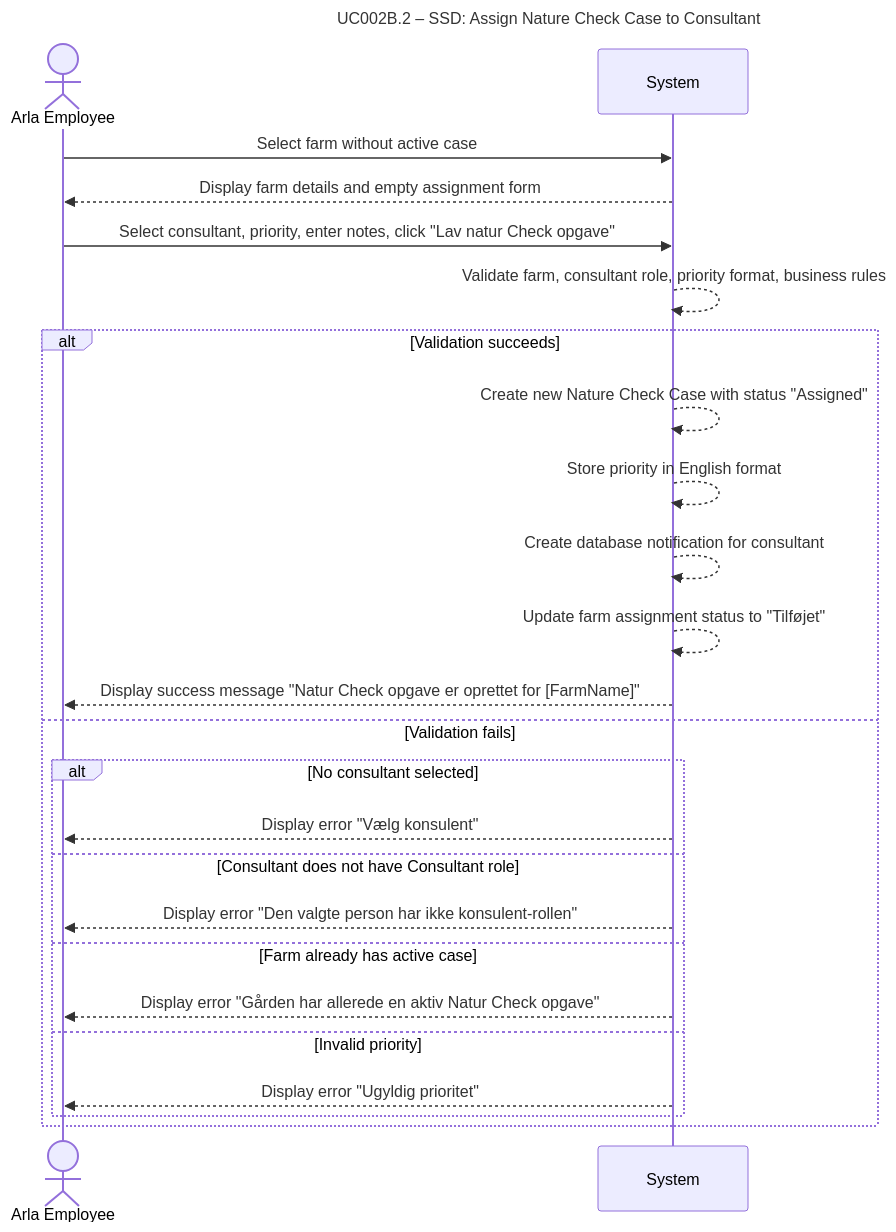
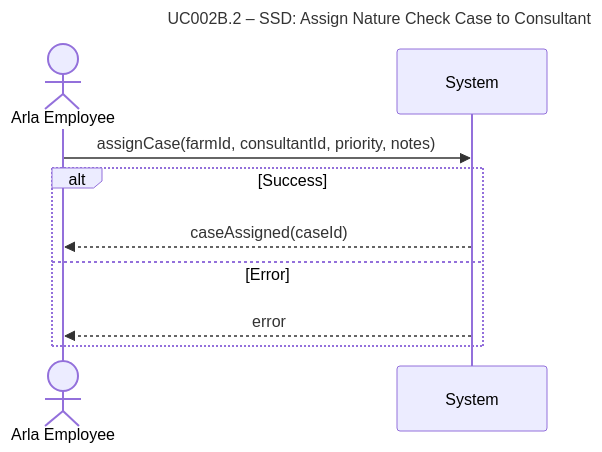
Before and after one commit to DMOoF25-TEAM11/ArlaNatureConnect: the diagram in docs/UseCase002B-AssignNatureCheckCase/UserStories/UC002B.2-AssignNatureCheckCase/UC002B.2-SSD.md, drawn with Mermaid. The commit also changed other lines of this file and 65 other files, not shown here.

Commit message:
Update of UML

````diff
--- a/docs/UseCase002B-AssignNatureCheckCase/UserStories/UC002B.2-AssignNatureCheckCase/UC002B.2-SSD.md
+++ b/docs/UseCase002B-AssignNatureCheckCase/UserStories/UC002B.2-AssignNatureCheckCase/UC002B.2-SSD.md
@@ -5,31 +5,14 @@
 ```mermaid
 sequenceDiagram
     title UC002B.2 – SSD: Assign Nature Check Case to Consultant
 
     actor ArlaEmployee as Arla Employee
     participant System as System
 
-    ArlaEmployee ->> System: Select farm without active case
-    System -->> ArlaEmployee: Display farm details and empty assignment form
-    
-    ArlaEmployee ->> System: Select consultant, priority, enter notes, click "Lav natur Check opgave"
-    System -->> System: Validate farm, consultant role, priority format, business rules
-    
-    alt Validation succeeds
-        System -->> System: Create new Nature Check Case with status "Assigned"
-        System -->> System: Store priority in English format
-        System -->> System: Create database notification for consultant
-        System -->> System: Update farm assignment status to "Tilføjet"
-        System -->> ArlaEmployee: Display success message "Natur Check opgave er oprettet for [FarmName]"
-    else Validation fails
-        alt No consultant selected
-            System -->> ArlaEmployee: Display error "Vælg konsulent"
-        else Consultant does not have Consultant role
-            System -->> ArlaEmployee: Display error "Den valgte person har ikke konsulent-rollen"
-        else Farm already has active case
-            System -->> ArlaEmployee: Display error "Gården har allerede en aktiv Natur Check opgave"
-        else Invalid priority
-            System -->> ArlaEmployee: Display error "Ugyldig prioritet"
-        end
+    ArlaEmployee ->> System: assignCase(farmId, consultantId, priority, notes)
+    alt Success
+        System -->> ArlaEmployee: caseAssigned(caseId)
+    else Error
+        System -->> ArlaEmployee: error
     end
 ```
````
